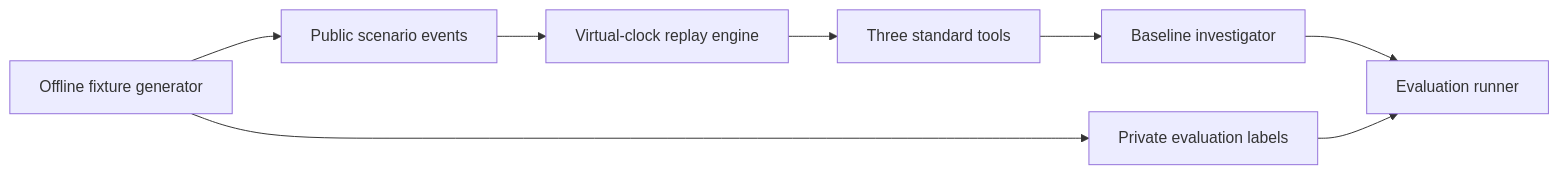
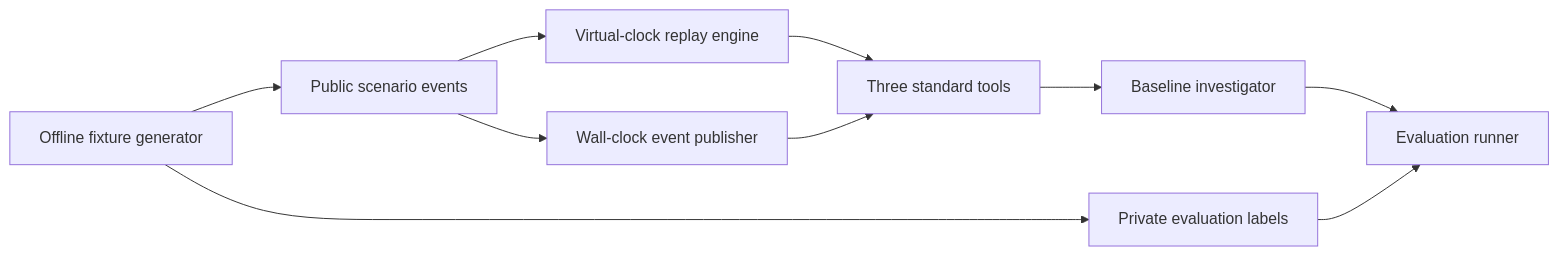
One commit to karitselmuthu/Enterprise-Agent-Engineering-Evaluation changed the diagram in docs/simulation.md. Above: the diagram before and after it, drawn with Mermaid. The commit also changed other lines of this file and 7 other files, not shown here.

````diff
--- a/docs/simulation.md
+++ b/docs/simulation.md
@@ -7,10 +7,12 @@
 ```mermaid
 flowchart LR
     Generator[Offline fixture generator] --> Public[Public scenario events]
     Generator --> Truth[Private evaluation labels]
     Public --> Replay[Virtual-clock replay engine]
+    Public --> Live[Wall-clock event publisher]
     Replay --> Tools[Three standard tools]
+    Live --> Tools
     Tools --> Agent[Baseline investigator]
     Agent --> Evaluation[Evaluation runner]
     Truth --> Evaluation
 ```
````
